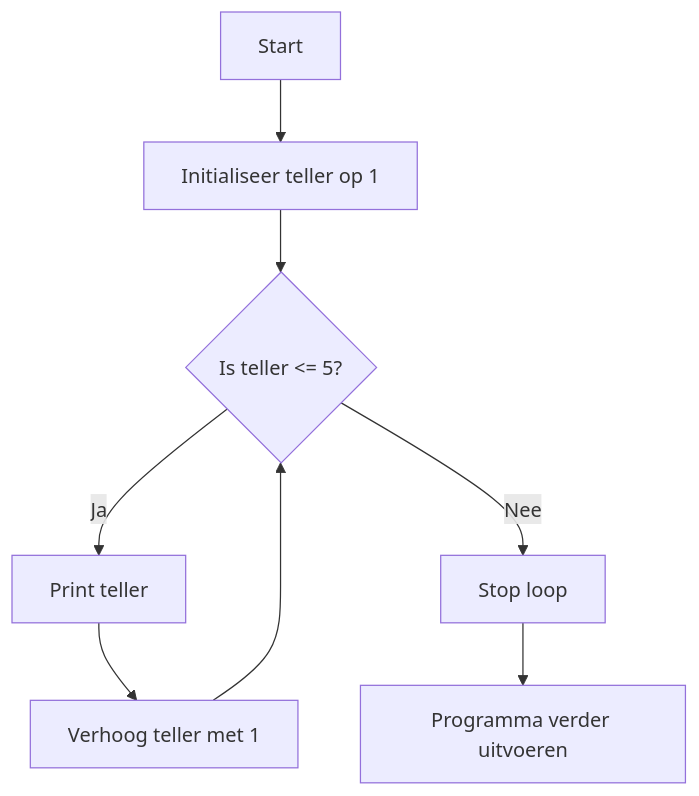
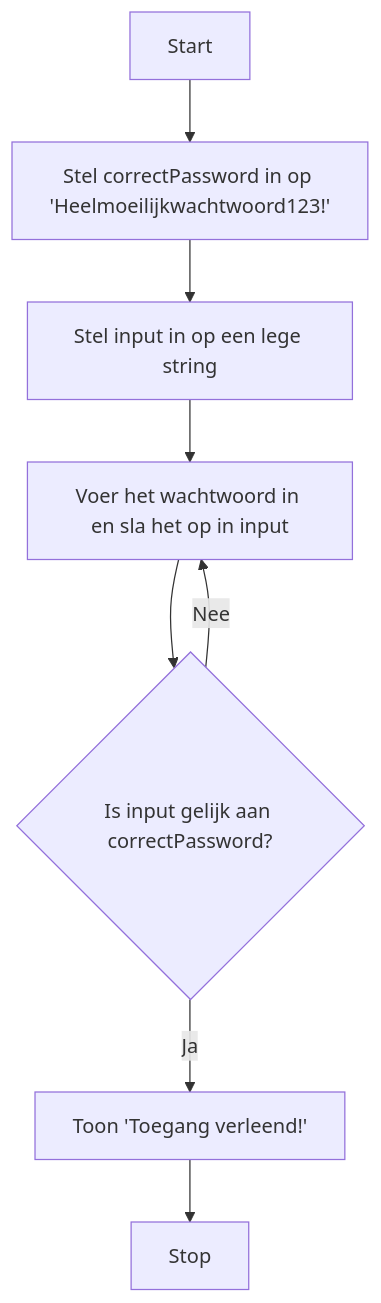
Before and after one commit to Windesheim-HBO-ICT/Leerlijn-Content-SE: the diagram in content/2. Ondersteunende-informatie/3. Processen/4. Implementatieproces/2. Bouwen softwaresysteem/While/1. While.md, drawn with Mermaid. The commit also changed other lines of this file and 1 other file, not shown here.

````diff
--- a/content/2. Ondersteunende-informatie/3. Processen/4. Implementatieproces/2. Bouwen softwaresysteem/While/1. While.md
+++ b/content/2. Ondersteunende-informatie/3. Processen/4. Implementatieproces/2. Bouwen softwaresysteem/While/1. While.md
@@ -49,10 +63,10 @@
 ```mermaid
 flowchart TD
-    A[Start] --> B[Initialiseer teller op 1]
-    B --> C{Is teller <= 5?}
-    C -- Ja --> D[Print teller]
-    D --> E[Verhoog teller met 1]
-    E --> C
-    C -- Nee --> F[Stop loop]
-    F --> G[Programma verder uitvoeren]
+    A[Start] --> B[Stel correctPassword in op 'Heelmoeilijkwachtwoord123!']
+    B --> C[Stel input in op een lege string]
+    C --> D[Voer het wachtwoord in en sla het op in input]
+    D --> E{Is input gelijk aan correctPassword?}
+    E -- Nee --> D
+    E -- Ja --> F[Toon 'Toegang verleend!']
+    F --> G[Stop]
 ```
````
